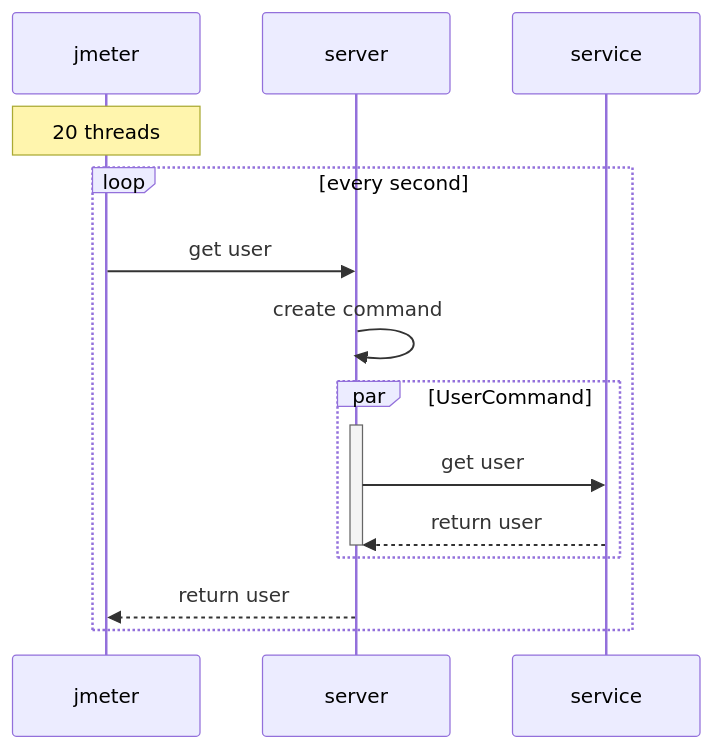
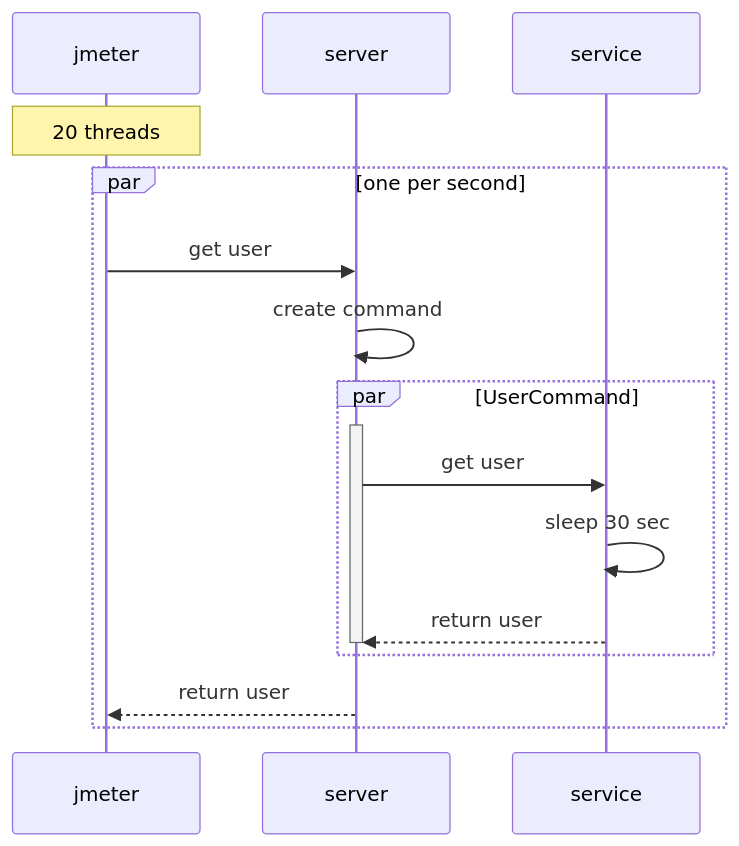
The diagram in graph.md (LostFlimy/HystrixDemo), drawn with Mermaid before and after one commit.

````diff
--- a/graph.md
+++ b/graph.md
@@ -1,18 +1,19 @@
 ```mermaid
    sequenceDiagram;
         participant jmeter
         participant server
         participant service
         note over jmeter: 20 threads
-        loop every second
+        par one per second
           jmeter ->> server: get user
           server ->> server: create command 
           par UserCommand
             activate server
             server ->> service: get user
+            service ->> service: sleep 30 sec
             service -->> server: return user
             deactivate server
           end
           server -->> jmeter: return user
         end
 ```
````
